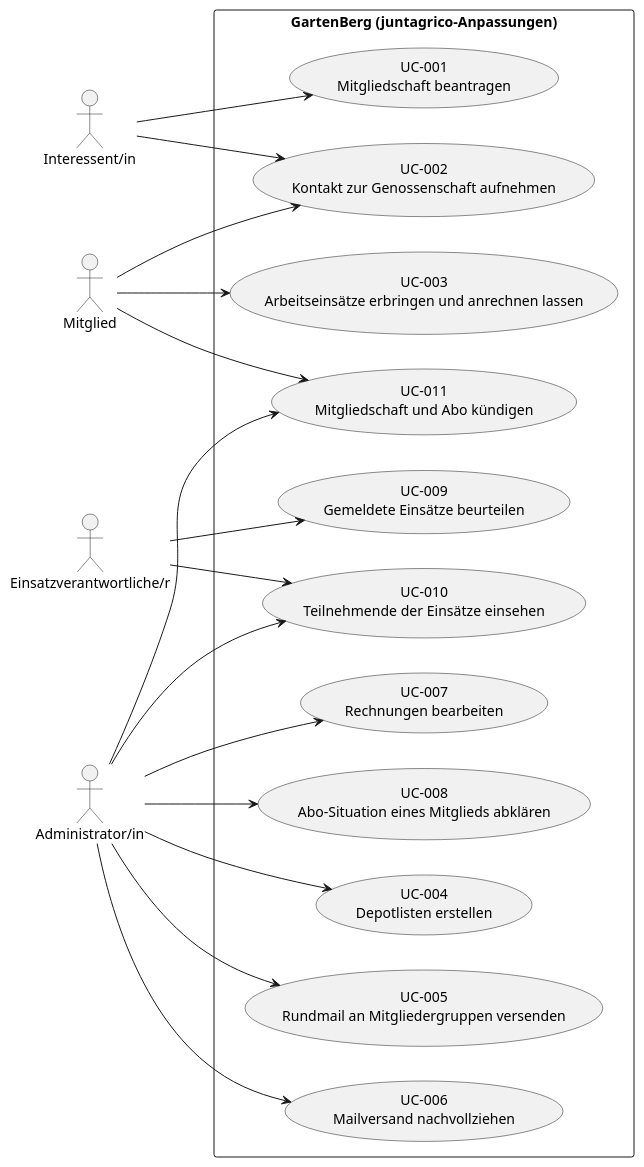
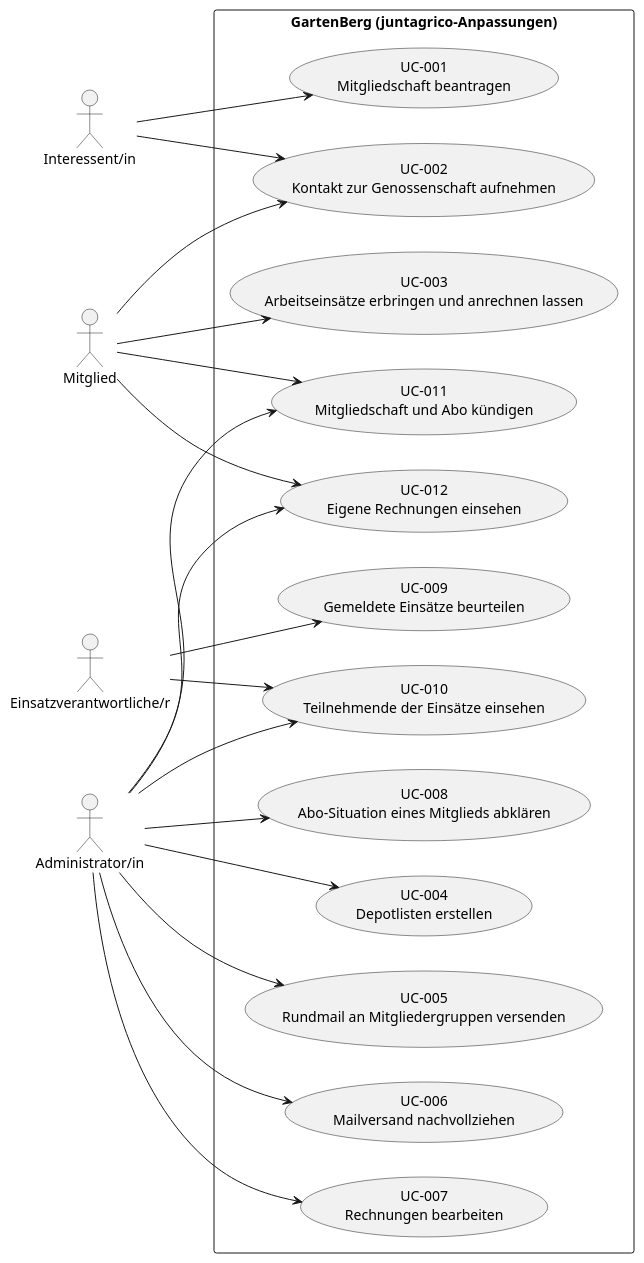
Before and after one commit to gartenbergCH/gartenberg: the diagram in docs/use_cases.puml, drawn with PlantUML. The commit also changed 12 other files, not shown here.

First line of the commit message:
Eigene Rechnungen für Mitglieder freischalten (UC-012)

```diff
--- a/docs/use_cases.puml
+++ b/docs/use_cases.puml
@@ -1,41 +1,44 @@
 @startuml Use Cases Overview
 left to right direction
 
 actor "Interessent/in" as prospect
 actor "Mitglied" as member
 actor "Einsatzverantwortliche/r" as approver
 actor "Administrator/in" as admin
 
 rectangle "GartenBerg (juntagrico-Anpassungen)" {
     usecase "UC-001\nMitgliedschaft beantragen" as UC001
     usecase "UC-002\nKontakt zur Genossenschaft aufnehmen" as UC002
     usecase "UC-003\nArbeitseinsätze erbringen und anrechnen lassen" as UC003
     usecase "UC-004\nDepotlisten erstellen" as UC004
     usecase "UC-005\nRundmail an Mitgliedergruppen versenden" as UC005
     usecase "UC-006\nMailversand nachvollziehen" as UC006
     usecase "UC-007\nRechnungen bearbeiten" as UC007
     usecase "UC-008\nAbo-Situation eines Mitglieds abklären" as UC008
     usecase "UC-009\nGemeldete Einsätze beurteilen" as UC009
     usecase "UC-010\nTeilnehmende der Einsätze einsehen" as UC010
     usecase "UC-011\nMitgliedschaft und Abo kündigen" as UC011
+    usecase "UC-012\nEigene Rechnungen einsehen" as UC012
 }
 
 prospect --> UC001
 prospect --> UC002
 
 member --> UC002
 member --> UC003
 member --> UC011
+member --> UC012
 
 approver --> UC009
 approver --> UC010
 
 admin --> UC004
 admin --> UC005
 admin --> UC006
 admin --> UC007
 admin --> UC008
 admin --> UC010
 admin --> UC011
+admin --> UC012
 
 @enduml
```
